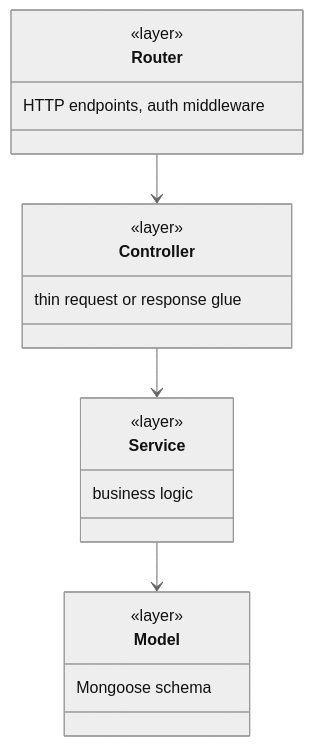
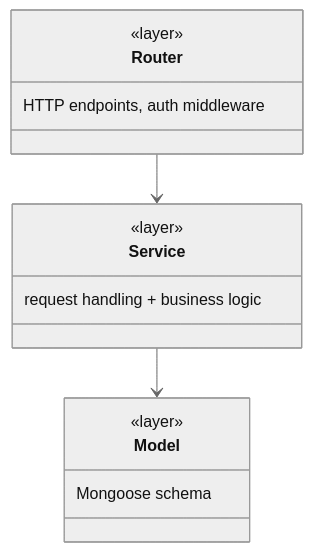
One commit to dolishaa29/healthcare_app changed the third of 12 diagrams in README.md. Above: the diagram before and after it, drawn with Mermaid (neutral theme). The commit also changed other lines of this file and 66 other files, not shown here.

````diff
--- a/README.md
+++ b/README.md
@@ -133,22 +132,17 @@
 ```mermaid
 classDiagram
     class Router {
         <<layer>>
         HTTP endpoints, auth middleware
     }
-    class Controller {
-        <<layer>>
-        thin request or response glue
-    }
     class Service {
         <<layer>>
-        business logic
+        request handling + business logic
     }
     class Model {
         <<layer>>
         Mongoose schema
     }
-    Router --> Controller
-    Controller --> Service
+    Router --> Service
     Service --> Model
 ```
````
